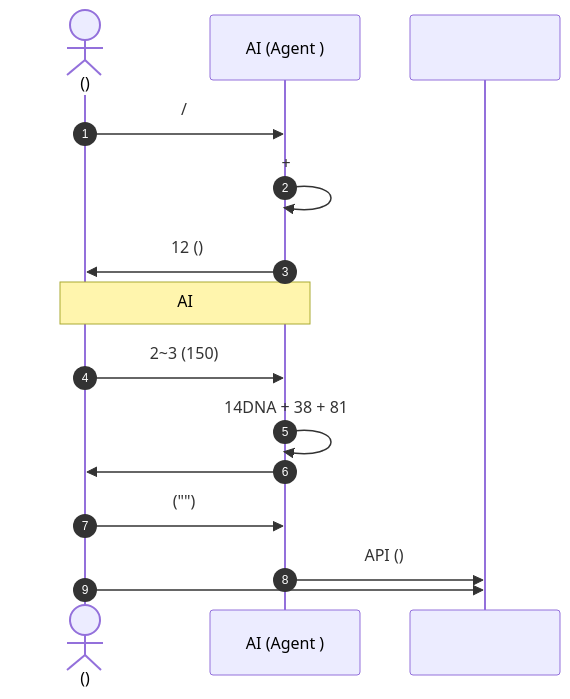
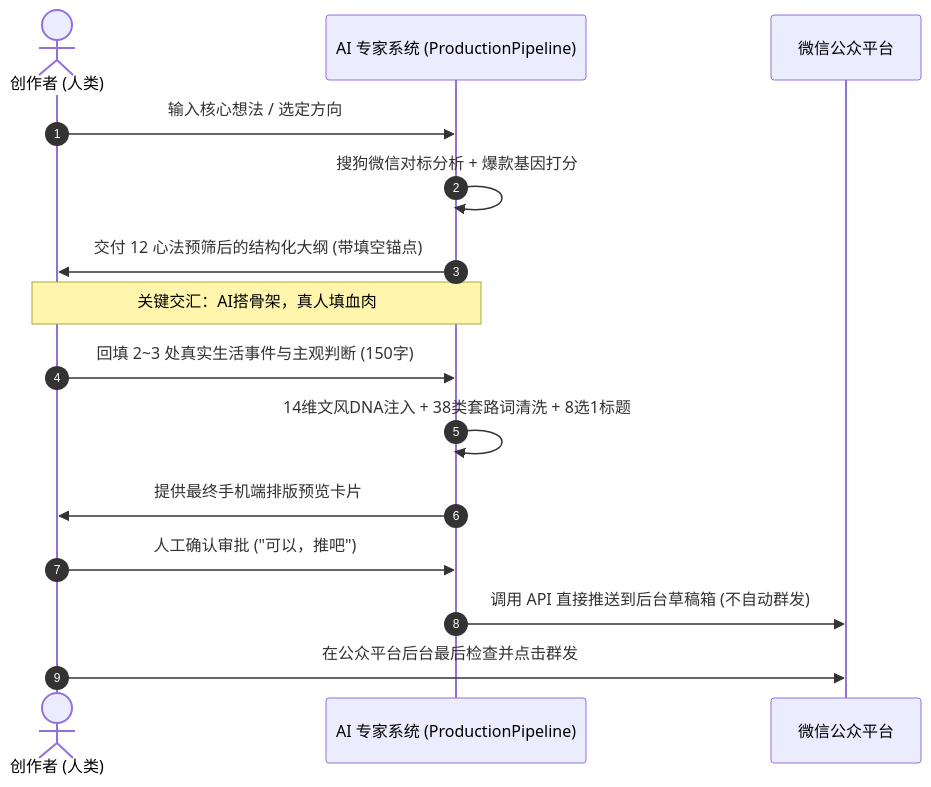
The second of 2 diagrams in docs/01-architecture-philosophy.md (Meltemi-Q/wechat-viral-orange-paper), drawn with Mermaid before and after one commit. The commit also changed other lines of this file and 62 other files, not shown here.

````diff
--- a/docs/01-architecture-philosophy.md
+++ b/docs/01-architecture-philosophy.md
@@ -34,18 +35,18 @@
 ```mermaid
 sequenceDiagram
- autonumber
- actor Creator as ()
- participant Expert as AI (Agent )
- participant Engine as 
- 
- Creator->>Expert: / 
- Expert->>Expert: + 
- Expert->>Creator: 12 ()
- Note over Creator,Expert: AI
- Creator->>Expert: 2~3 (150)
- Expert->>Expert: 14DNA + 38 + 81
- Expert->>Creator: 
- Creator->>Expert: ("")
- Expert->>Engine: API ()
- Creator->>Engine: 
+    autonumber
+    actor Creator as 创作者 (人类)
+    participant Expert as AI 专家系统 (ProductionPipeline)
+    participant Engine as 微信公众平台
+    
+    Creator->>Expert: 输入核心想法 / 选定方向
+    Expert->>Expert: 搜狗微信对标分析 + 爆款基因打分
+    Expert->>Creator: 交付 12 心法预筛后的结构化大纲 (带填空锚点)
+    Note over Creator,Expert: 关键交汇：AI搭骨架，真人填血肉
+    Creator->>Expert: 回填 2~3 处真实生活事件与主观判断 (150字)
+    Expert->>Expert: 14维文风DNA注入 + 38类套路词清洗 + 8选1标题
+    Expert->>Creator: 提供最终手机端排版预览卡片
+    Creator->>Expert: 人工确认审批 ("可以，推吧")
+    Expert->>Engine: 调用 API 直接推送到后台草稿箱 (不自动群发)
+    Creator->>Engine: 在公众平台后台最后检查并点击群发
 ```
````
